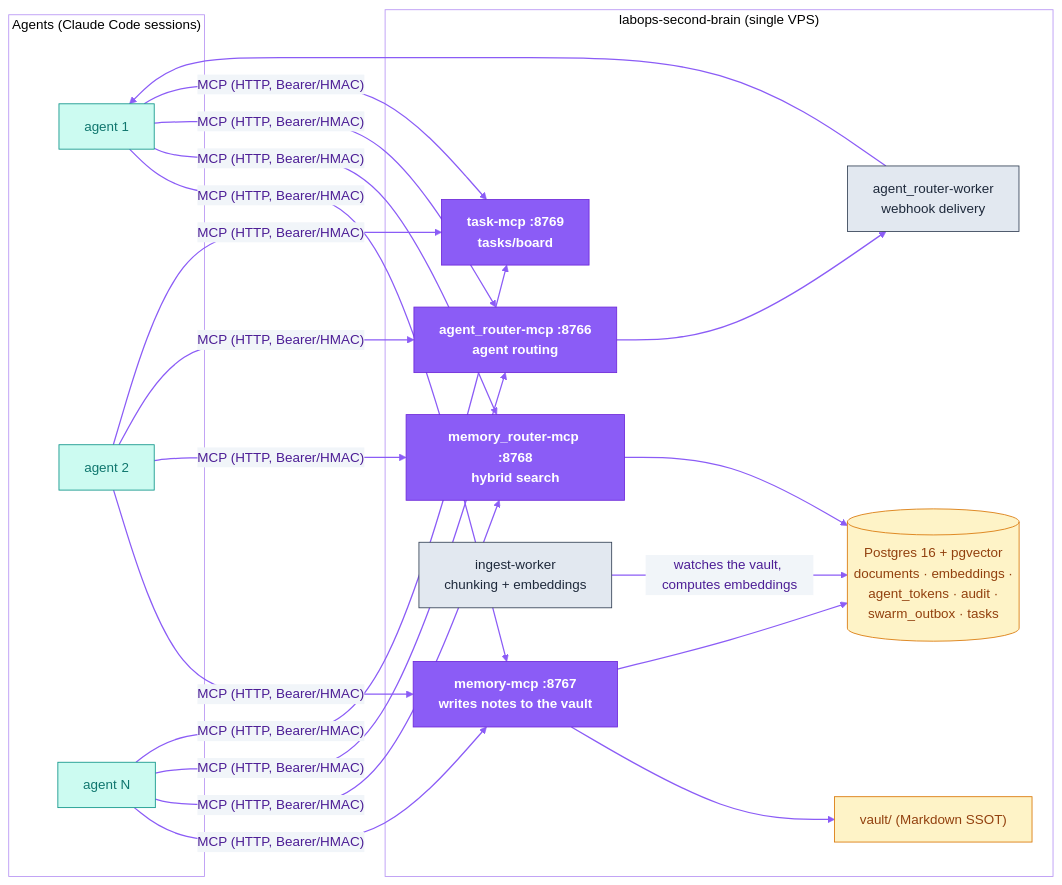
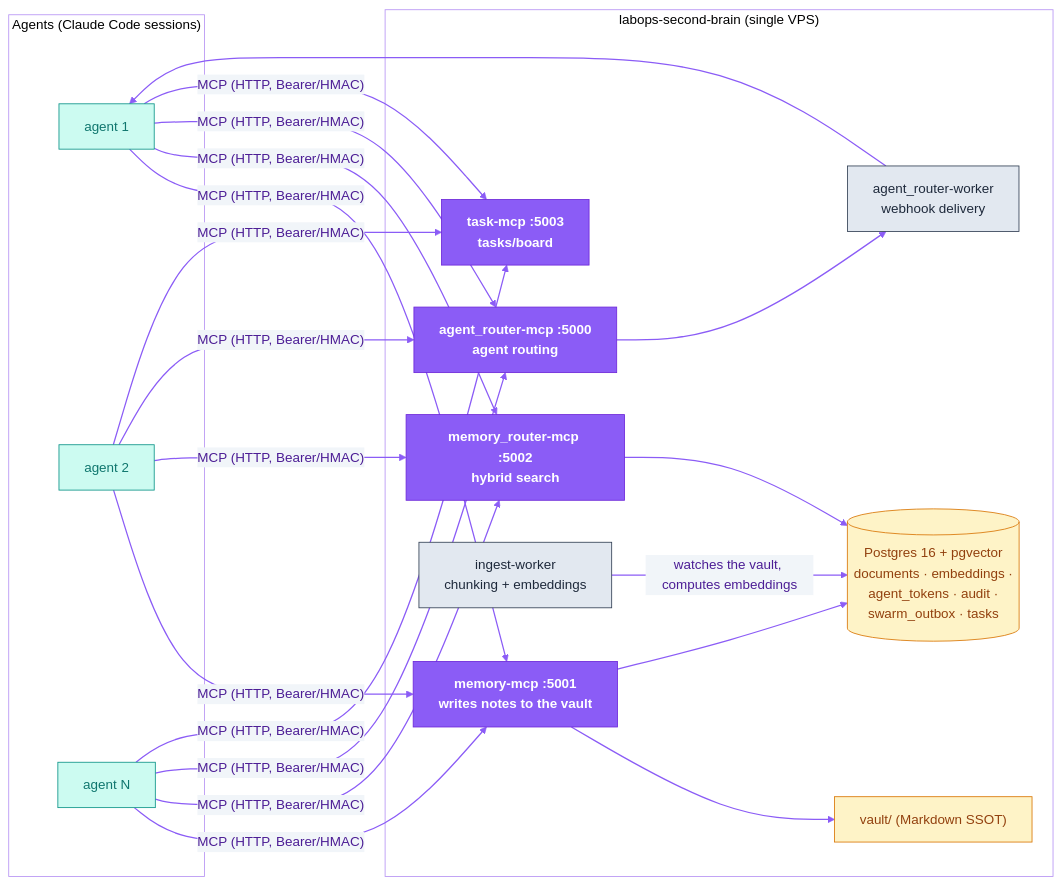
The second of 2 diagrams in README.md (dediukhinpa/labops-second-brain), drawn with Mermaid before and after one commit. The commit also changed other lines of this file and 52 other files, not shown here.

````diff
--- a/README.md
+++ b/README.md
@@ -142,34 +142,34 @@
 ```mermaid
 %%{init: {'theme':'base','themeVariables':{'primaryColor':'#EDE9FE','primaryTextColor':'#4C1D95','primaryBorderColor':'#8B5CF6','lineColor':'#8B5CF6','secondaryColor':'#F1F5F9','tertiaryColor':'#ffffff','clusterBkg':'transparent','clusterBorder':'#B794F4','fontFamily':'Helvetica,Arial,sans-serif'}}}%%
 flowchart LR
     subgraph agents["Agents (Claude Code sessions)"]
         A1["agent 1"]; A2["agent 2"]; A3["agent N"]
     end
 
     subgraph brain["labops-second-brain (single VPS)"]
-        MEM["memory-mcp :8767<br/>writes notes to the vault"]
-        REC["memory_router-mcp :8768<br/>hybrid search"]
-        SW["agent_router-mcp :8766<br/>agent routing"]
-        TASK["task-mcp :8769<br/>tasks/board"]
+        MEM["memory-mcp :5001<br/>writes notes to the vault"]
+        REC["memory_router-mcp :5002<br/>hybrid search"]
+        SW["agent_router-mcp :5000<br/>agent routing"]
+        TASK["task-mcp :5003<br/>tasks/board"]
         IW["ingest-worker<br/>chunking + embeddings"]
         SWW["agent_router-worker<br/>webhook delivery"]
         PG[("Postgres 16 + pgvector<br/>documents · embeddings ·<br/>agent_tokens · audit ·<br/>swarm_outbox · tasks")]
         VAULT["vault/ (Markdown SSOT)"]
     end
 
     A1 & A2 & A3 -- "MCP (HTTP, Bearer/HMAC)" --> MEM & REC & SW & TASK
     MEM --> VAULT
     MEM --> PG
     IW -- "watches the vault, computes embeddings" --> PG
     REC --> PG
     SW --> SWW --> A1
     classDef brand fill:#8B5CF6,stroke:#6D28D9,color:#ffffff,font-weight:bold
     classDef ext fill:#CCFBF1,stroke:#0D9488,color:#0F766E
     classDef store fill:#FEF3C7,stroke:#D97706,color:#92400E
     classDef sys fill:#E2E8F0,stroke:#334155,color:#1E293B
     linkStyle default stroke:#8B5CF6,stroke-width:1.5px
     class MEM,REC,SW,TASK brand
     class A1,A2,A3 ext
     class PG,VAULT store
     class IW,SWW sys
 ```
````
